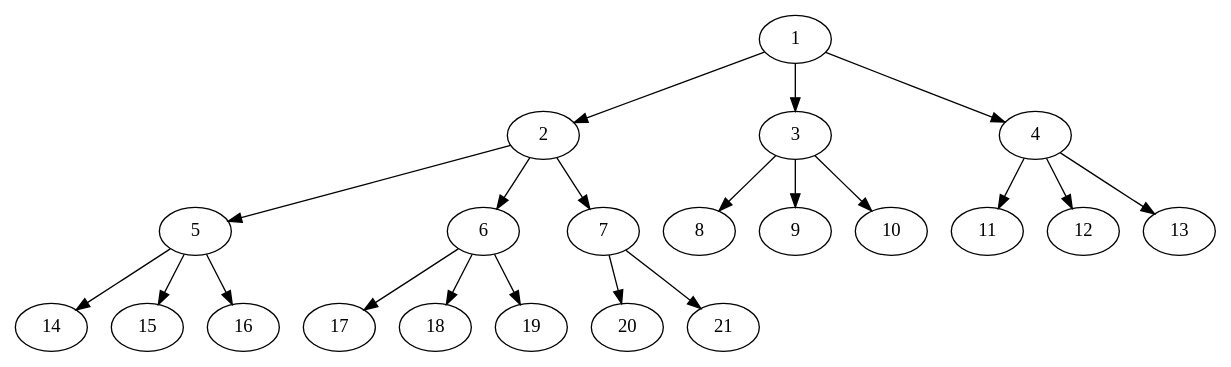
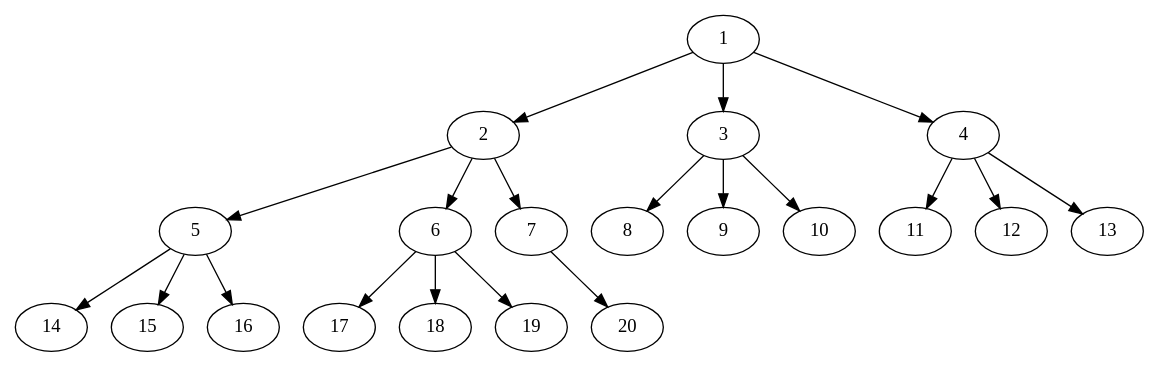
The diagram in src/resources/Nodes_21_OutTree.dot (Ormulsoft/Task-Scheduler), drawn with Graphviz before and after one commit. The commit also changed 6 other files, not shown here.

```diff
--- a/src/resources/Nodes_21_OutTree.dot
+++ b/src/resources/Nodes_21_OutTree.dot
@@ -1,43 +1,41 @@
 digraph "core_8p_gb_OutTree-Balanced-MaxBf-3_Nodes_21_CCR_0.10_WeightType_Random_schedule.gxl" {
 	1	 [Weight=50];
 	2	 [Weight=25];
 	1 -> 2	 [Weight=9];
 	3	 [Weight=25];
 	1 -> 3	 [Weight=9];
 	4	 [Weight=42];
 	1 -> 4	 [Weight=4];
 	5	 [Weight=58];
 	2 -> 5	 [Weight=9];
 	6	 [Weight=83];
 	2 -> 6	 [Weight=6];
 	7	 [Weight=75];
 	2 -> 7	 [Weight=6];
 	8	 [Weight=67];
 	3 -> 8	 [Weight=3];
 	9	 [Weight=17];
 	3 -> 9	 [Weight=2];
 	10	 [Weight=75];
 	3 -> 10	 [Weight=9];
 	11	 [Weight=67];
 	4 -> 11	 [Weight=5];
 	12	 [Weight=25];
 	4 -> 12	 [Weight=2];
 	13	 [Weight=58];
 	4 -> 13	 [Weight=5];
 	14	 [Weight=75];
 	5 -> 14	 [Weight=10];
 	15	 [Weight=17];
 	5 -> 15	 [Weight=3];
 	16	 [Weight=83];
 	5 -> 16	 [Weight=3];
 	17	 [Weight=42];
 	6 -> 17	 [Weight=6];
 	18	 [Weight=33];
 	6 -> 18	 [Weight=5];
 	19	 [Weight=67];
 	6 -> 19	 [Weight=2];
 	20	 [Weight=67];
 	7 -> 20	 [Weight=6];
-	21	 [Weight=50];
-	7 -> 21	 [Weight=6];
 }
```
